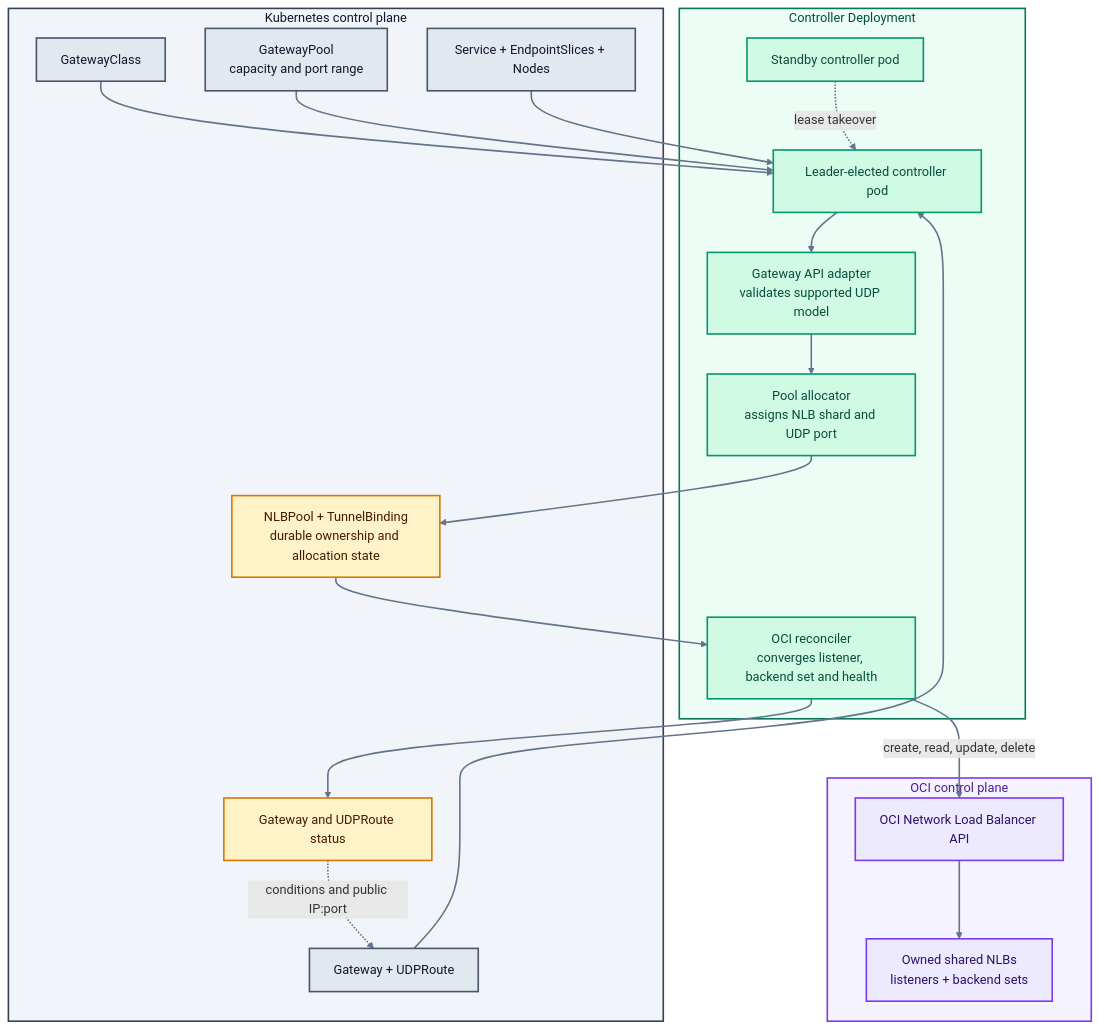
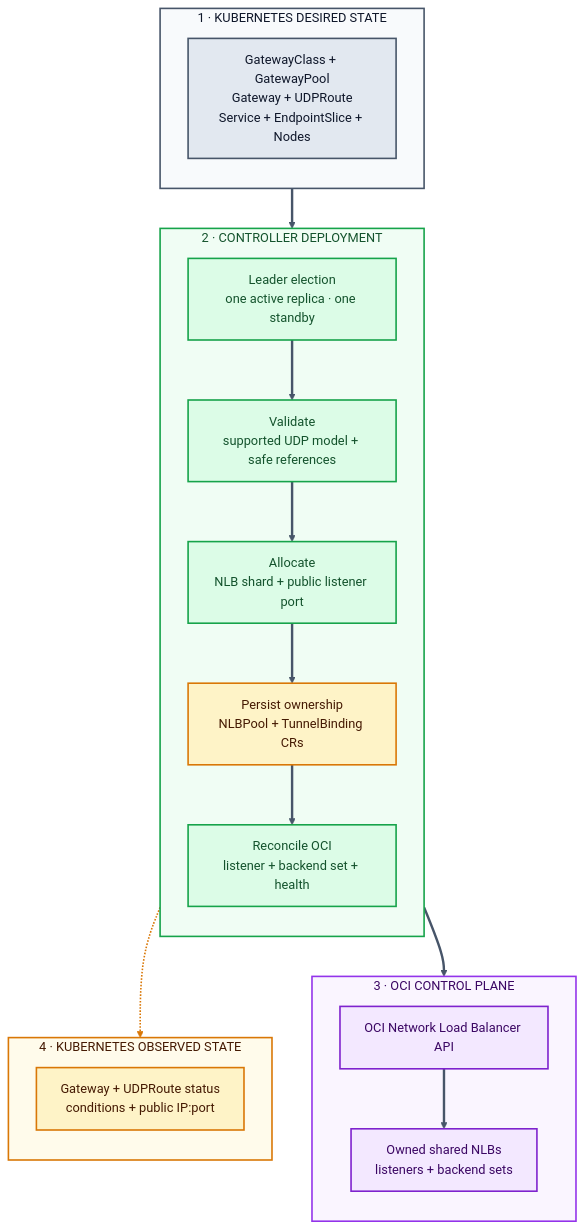
Before and after one commit to RyanHelferich/oci-shared-nlb-gateway-controller: the third of 3 diagrams in README.md, drawn with Mermaid. The commit also changed other lines of this file, not shown here.

Commit message:
Rework README architecture diagrams

````diff
--- a/README.md
+++ b/README.md
@@ -123,43 +140,47 @@
 ```mermaid
 flowchart TB
-  subgraph kube[Kubernetes control plane]
-    gclass[GatewayClass]:::k8s
-    pool[GatewayPool<br/>capacity and port range]:::k8s
-    route[Gateway + UDPRoute]:::k8s
-    service[Service + EndpointSlices + Nodes]:::k8s
-    internal[NLBPool + TunnelBinding<br/>durable ownership and allocation state]:::state
-    status[Gateway and UDPRoute status]:::state
+  subgraph kubein["1 · KUBERNETES DESIRED STATE"]
+    direction TB
+    desired["GatewayClass + GatewayPool<br/>Gateway + UDPRoute<br/>Service + EndpointSlice + Nodes"]:::k8s
   end
 
-  subgraph deployment[Controller Deployment]
-    leader[Leader-elected controller pod]:::controller
-    standby[Standby controller pod]:::controller
-    adapter[Gateway API adapter<br/>validates supported UDP model]:::controller
-    allocator[Pool allocator<br/>assigns NLB shard and UDP port]:::controller
-    reconciler[OCI reconciler<br/>converges listener, backend set and health]:::controller
+  subgraph deployment["2 · CONTROLLER DEPLOYMENT"]
+    direction TB
+    ha["Leader election<br/>one active replica · one standby"]:::controller
+    validate["Validate<br/>supported UDP model + safe references"]:::controller
+    allocate["Allocate<br/>NLB shard + public listener port"]:::controller
+    durable["Persist ownership<br/>NLBPool + TunnelBinding CRs"]:::state
+    reconcile["Reconcile OCI<br/>listener + backend set + health"]:::controller
   end
 
-  subgraph oracle[OCI control plane]
-    api[OCI Network Load Balancer API]:::oci
-    cloud[Owned shared NLBs<br/>listeners + backend sets]:::oci
+  subgraph oracle["3 · OCI CONTROL PLANE"]
+    direction TB
+    api["OCI Network Load Balancer API"]:::oci
+    cloud["Owned shared NLBs<br/>listeners + backend sets"]:::oci
   end
 
-  gclass --> leader
-  pool --> leader
-  route --> leader
-  service --> leader
-  standby -. lease takeover .-> leader
-  leader --> adapter --> allocator --> internal --> reconciler
-  reconciler -->|create, read, update, delete| api --> cloud
-  reconciler --> status
-  status -. conditions and public IP:port .-> route
+  subgraph kubeout["4 · KUBERNETES OBSERVED STATE"]
+    direction TB
+    status["Gateway + UDPRoute status<br/>conditions + public IP:port"]:::state
+  end
+
+  desired --> ha
+  ha --> validate
+  validate --> allocate
+  allocate --> durable
+  durable --> reconcile
+  reconcile --> api
+  api --> cloud
+  reconcile -.-> status
 
   classDef k8s fill:#e2e8f0,stroke:#475569,color:#0f172a,stroke-width:2px;
   classDef state fill:#fef3c7,stroke:#d97706,color:#451a03,stroke-width:2px;
-  classDef controller fill:#d1fae5,stroke:#059669,color:#064e3b,stroke-width:2px;
-  classDef oci fill:#ede9fe,stroke:#7c3aed,color:#2e1065,stroke-width:2px;
-  style kube fill:#f1f5f9,stroke:#334155,stroke-width:2px,color:#0f172a
-  style deployment fill:#ecfdf5,stroke:#047857,stroke-width:2px,color:#064e3b
-  style oracle fill:#f5f3ff,stroke:#7c3aed,stroke-width:2px,color:#4c1d95
-  linkStyle default stroke:#64748b,stroke-width:2px;
+  classDef controller fill:#dcfce7,stroke:#16a34a,color:#14532d,stroke-width:2px;
+  classDef oci fill:#f3e8ff,stroke:#7e22ce,color:#3b0764,stroke-width:2px;
+  style kubein fill:#f8fafc,stroke:#475569,stroke-width:2px,color:#0f172a
+  style deployment fill:#f0fdf4,stroke:#16a34a,stroke-width:2px,color:#14532d
+  style oracle fill:#faf5ff,stroke:#9333ea,stroke-width:2px,color:#3b0764
+  style kubeout fill:#fffbeb,stroke:#d97706,stroke-width:2px,color:#451a03
+  linkStyle 0,1,2,3,4,5,6 stroke:#475569,stroke-width:3px;
+  linkStyle 7 stroke:#d97706,stroke-width:2px;
 ```
````
